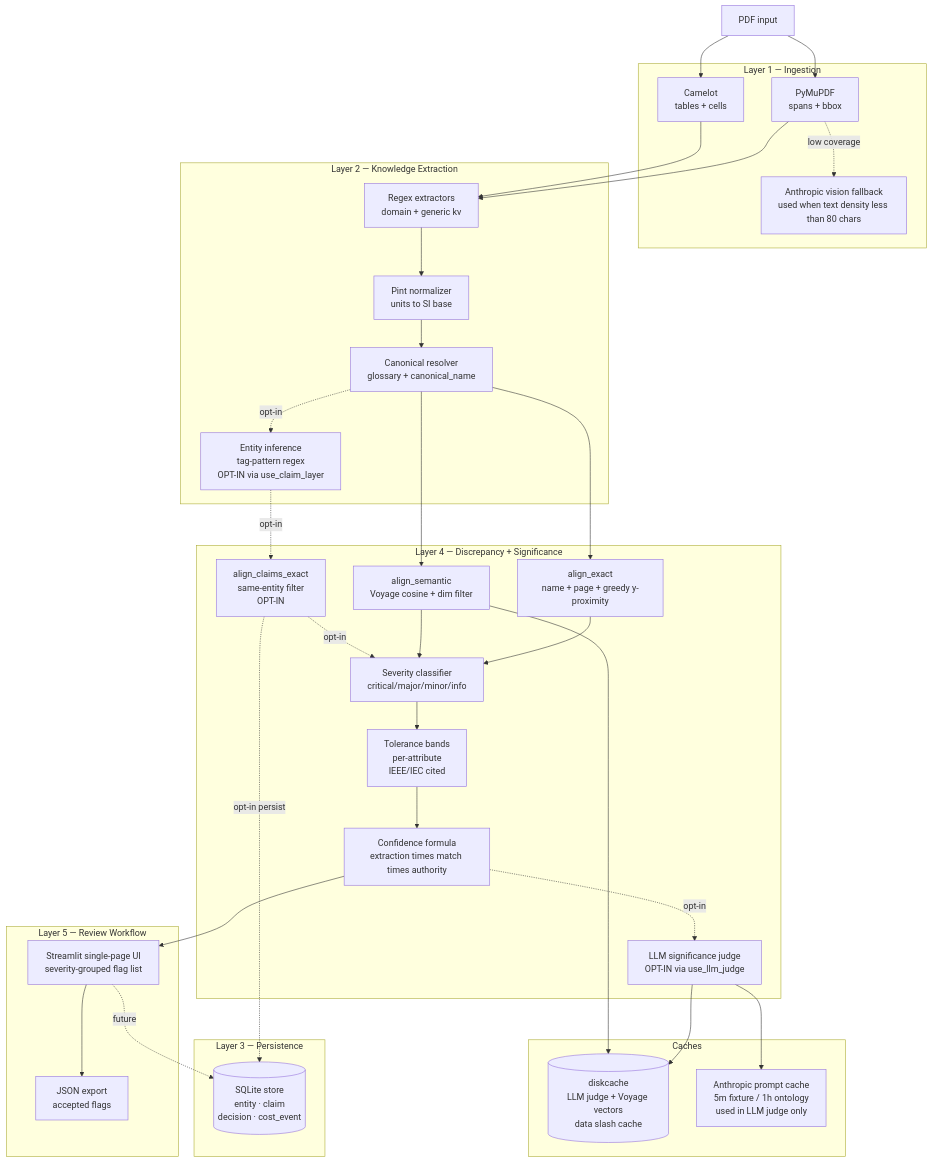
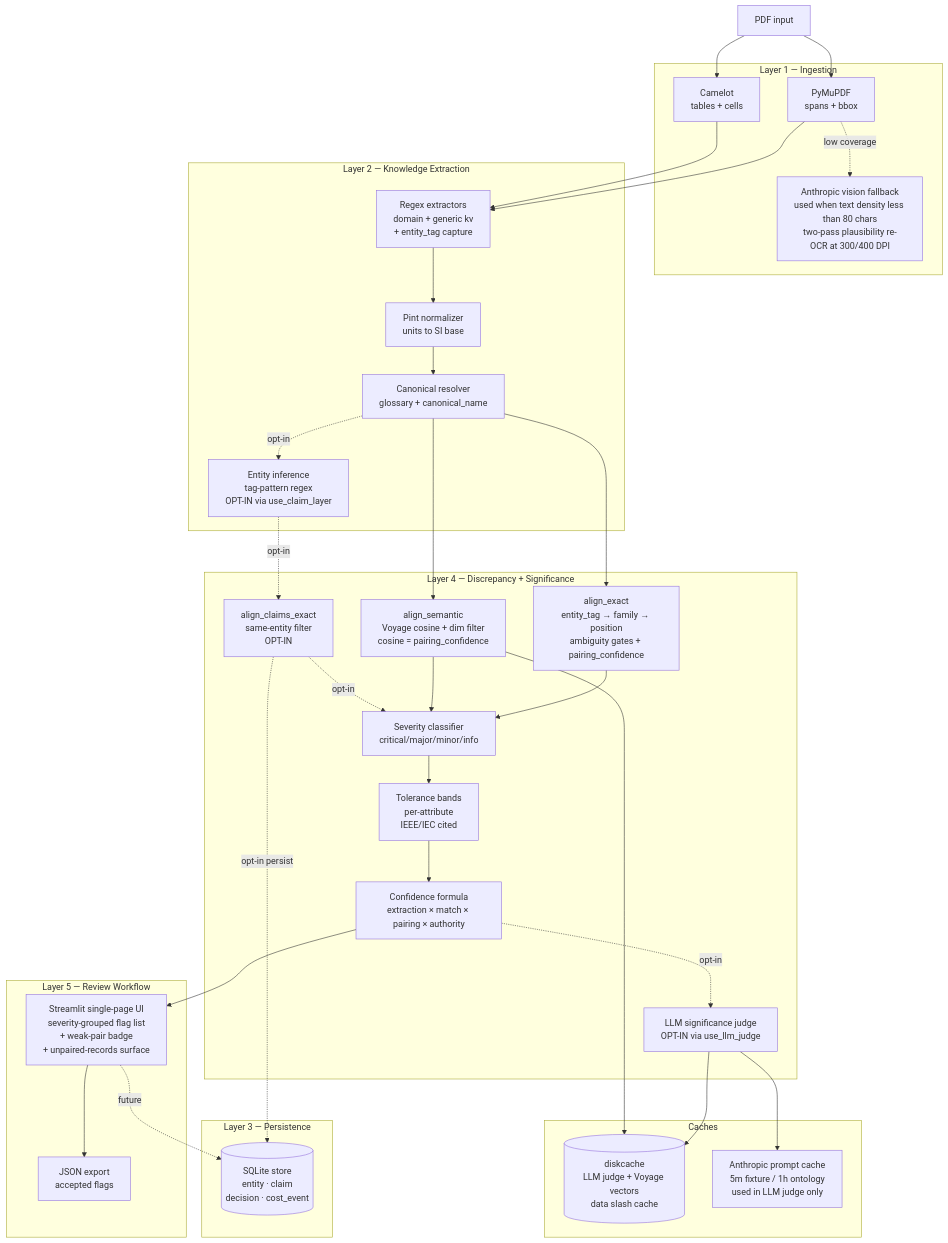
Before and after one commit to funcpointer/interlock-ai: the first of 5 diagrams in docs/ARCHITECTURE.md, drawn with Mermaid. The commit also changed other lines of this file and 9 other files, not shown here.

````diff
--- a/docs/ARCHITECTURE.md
+++ b/docs/ARCHITECTURE.md
@@ -11,64 +11,64 @@
 ```mermaid
 graph TB
     subgraph L1[Layer 1 — Ingestion]
         PyMuPDF[PyMuPDF<br/>spans + bbox]
         Camelot[Camelot<br/>tables + cells]
-        Vision[Anthropic vision fallback<br/>used when text density less than 80 chars]
+        Vision[Anthropic vision fallback<br/>used when text density less than 80 chars<br/>two-pass plausibility re-OCR at 300/400 DPI]
     end
 
     subgraph L2[Layer 2 — Knowledge Extraction]
-        Regex[Regex extractors<br/>domain + generic kv]
+        Regex[Regex extractors<br/>domain + generic kv<br/>+ entity_tag capture]
         Pint[Pint normalizer<br/>units to SI base]
         Resolver[Canonical resolver<br/>glossary + canonical_name]
         Entities[Entity inference<br/>tag-pattern regex<br/>OPT-IN via use_claim_layer]
     end
 
     subgraph L3[Layer 3 — Persistence]
         SQLite[(SQLite store<br/>entity · claim<br/>decision · cost_event)]
     end
 
     subgraph L4[Layer 4 — Discrepancy + Significance]
-        AlignExact[align_exact<br/>name + page + greedy y-proximity]
-        AlignSem[align_semantic<br/>Voyage cosine + dim filter]
+        AlignExact[align_exact<br/>entity_tag → family → position<br/>ambiguity gates + pairing_confidence]
+        AlignSem[align_semantic<br/>Voyage cosine + dim filter<br/>cosine = pairing_confidence]
         AlignClaims[align_claims_exact<br/>same-entity filter<br/>OPT-IN]
         Tolerance[Tolerance bands<br/>per-attribute<br/>IEEE/IEC cited]
         Severity[Severity classifier<br/>critical/major/minor/info]
         LLMSig[LLM significance judge<br/>OPT-IN via use_llm_judge]
-        Confidence[Confidence formula<br/>extraction times match times authority]
+        Confidence[Confidence formula<br/>extraction × match × pairing × authority]
     end
 
     subgraph L5[Layer 5 — Review Workflow]
-        UI[Streamlit single-page UI<br/>severity-grouped flag list]
+        UI[Streamlit single-page UI<br/>severity-grouped flag list<br/>+ weak-pair badge<br/>+ unpaired-records surface]
         Export[JSON export<br/>accepted flags]
     end
 
     subgraph Caches
         DiskCache[(diskcache<br/>LLM judge + Voyage vectors<br/>data slash cache)]
         AnthropicCache[Anthropic prompt cache<br/>5m fixture / 1h ontology<br/>used in LLM judge only]
     end
 
     PDFa[PDF input] --> PyMuPDF
     PDFa --> Camelot
     PyMuPDF -.low coverage.-> Vision
     PyMuPDF --> Regex
     Camelot --> Regex
     Regex --> Pint
     Pint --> Resolver
     Resolver --> AlignExact
     Resolver -.opt-in.-> Entities
     Entities -.opt-in.-> AlignClaims
     AlignClaims -.opt-in persist.-> SQLite
     Resolver --> AlignSem
     AlignExact --> Severity
     AlignSem --> Severity
     AlignClaims -.opt-in.-> Severity
     Severity --> Tolerance
     Tolerance --> Confidence
     Confidence -.opt-in.-> LLMSig
     LLMSig --> AnthropicCache
     LLMSig --> DiskCache
     AlignSem --> DiskCache
     Confidence --> UI
     UI --> Export
     UI -.future.-> SQLite
 ```
````
